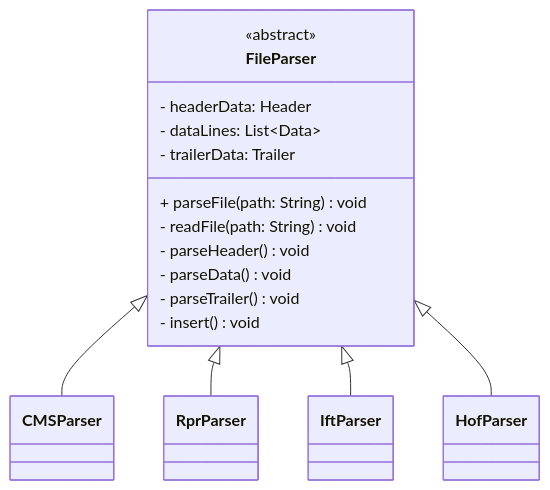
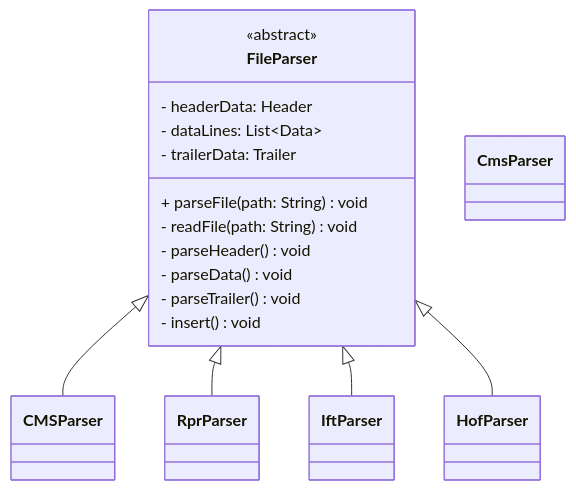
One commit to duyankim/design-pattern changed the diagram in README.md. Above: the diagram before and after it, drawn with Mermaid.

````diff
--- a/README.md
+++ b/README.md
@@ -3,26 +3,26 @@
 ```mermaid
 classDiagram
     class FileParser {
         <<abstract>>
         - headerData: Header
         - dataLines: List~Data~
         - trailerData: Trailer
         + parseFile(path: String) void
         - readFile(path: String) void
         - parseHeader() void
         - parseData() void
         - parseTrailer() void
         - insert() void
     }
 
-    class CMSParser
+    class CmsParser
     class RprParser
     class IftParser
     class HofParser
 
     FileParser <|-- CMSParser
     FileParser <|-- RprParser
     FileParser <|-- IftParser
     FileParser <|-- HofParser
 
 ```
````
